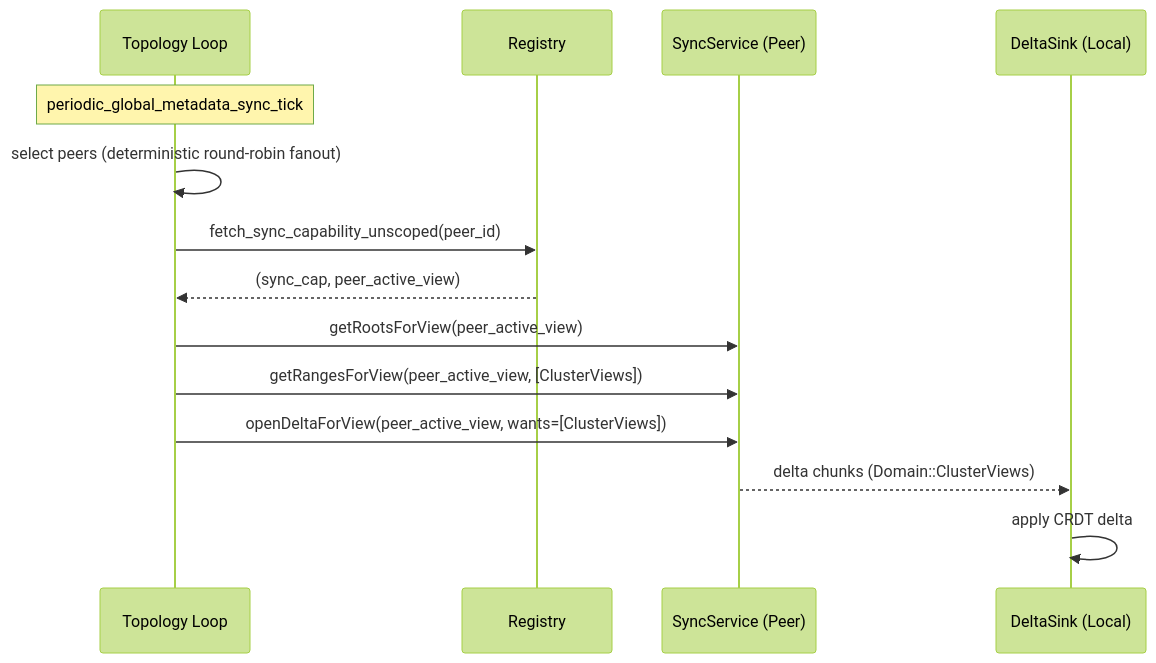
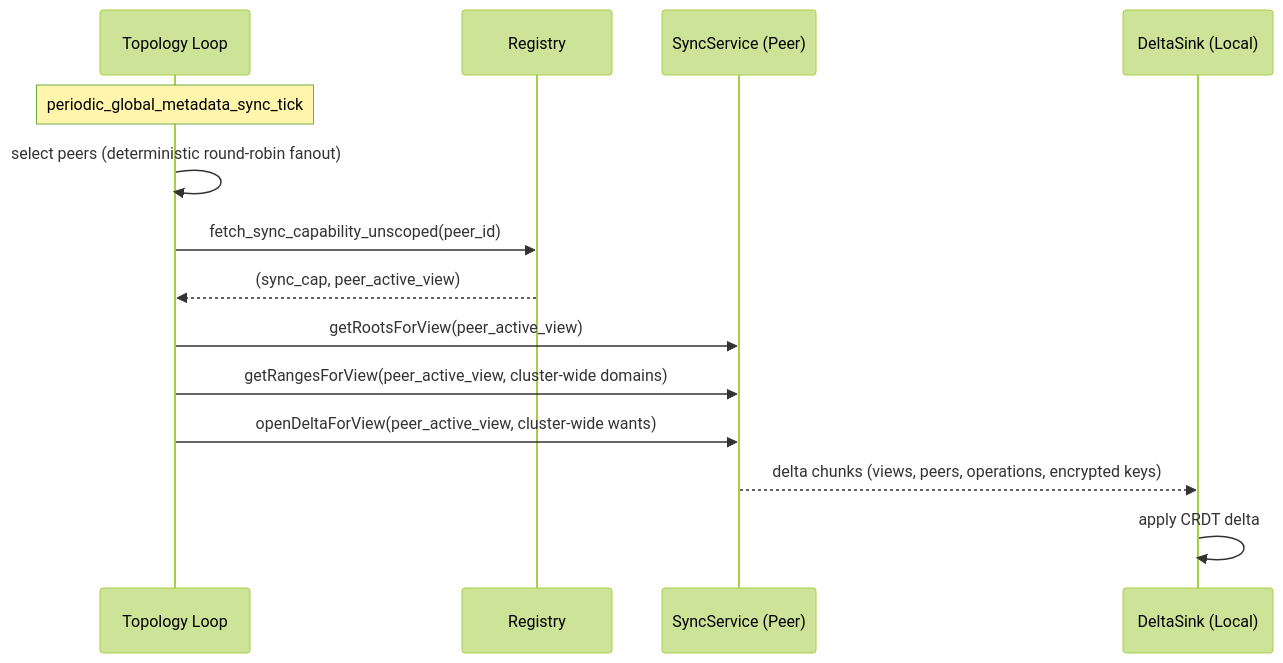
One commit to MantissaLabs/mantissa changed the third of 4 diagrams in docs/cluster_view_gossip_sync.md. Above: the diagram before and after it, drawn with Mermaid (forest theme). The commit also changed other lines of this file and 26 other files, not shown here.

````diff
--- a/docs/cluster_view_gossip_sync.md
+++ b/docs/cluster_view_gossip_sync.md
@@ -157,17 +171,17 @@
 ```mermaid
 sequenceDiagram
     participant T as Topology Loop
     participant R as Registry
     participant S as SyncService (Peer)
     participant D as DeltaSink (Local)
 
     Note over T: periodic_global_metadata_sync_tick
     T->>T: select peers (deterministic round-robin fanout)
     T->>R: fetch_sync_capability_unscoped(peer_id)
     R-->>T: (sync_cap, peer_active_view)
     T->>S: getRootsForView(peer_active_view)
-    T->>S: getRangesForView(peer_active_view, [ClusterViews])
-    T->>S: openDeltaForView(peer_active_view, wants=[ClusterViews])
-    S-->>D: delta chunks (Domain::ClusterViews)
+    T->>S: getRangesForView(peer_active_view, cluster-wide domains)
+    T->>S: openDeltaForView(peer_active_view, cluster-wide wants)
+    S-->>D: delta chunks (views, peers, operations, encrypted keys)
     D->>D: apply CRDT delta
 ```
````
